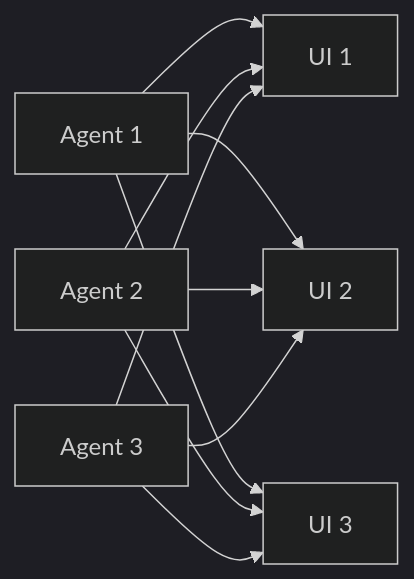
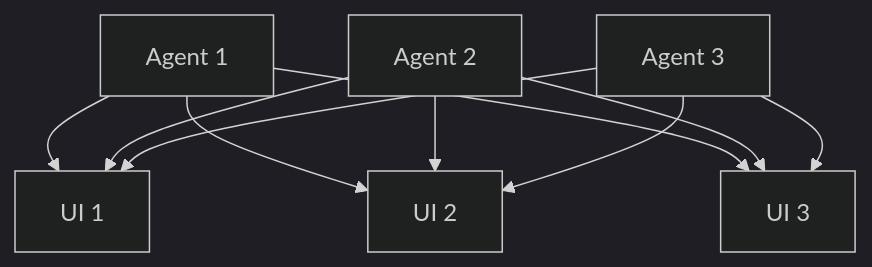
The tenth of 12 diagrams in profiles/default/content/zh/notes/ag-ui-a2ui-agent-runtime-generative-ui-ai-native.mdx (Nunchakus888/dossierkit), drawn with Mermaid (dark theme) before and after one commit. The commit also changed other lines of this file, not shown here.

```diff
--- a/profiles/default/content/zh/notes/ag-ui-a2ui-agent-runtime-generative-ui-ai-native.mdx
+++ b/profiles/default/content/zh/notes/ag-ui-a2ui-agent-runtime-generative-ui-ai-native.mdx
@@ -669,12 +473,14 @@
 ~~~mermaid
-flowchart LR
+flowchart TB
   A1["Agent 1"] --> U1["UI 1"]
   A1 --> U2["UI 2"]
   A1 --> U3["UI 3"]
+
   A2["Agent 2"] --> U1
   A2 --> U2
   A2 --> U3
+
   A3["Agent 3"] --> U1
   A3 --> U2
   A3 --> U3
 ~~~
```
